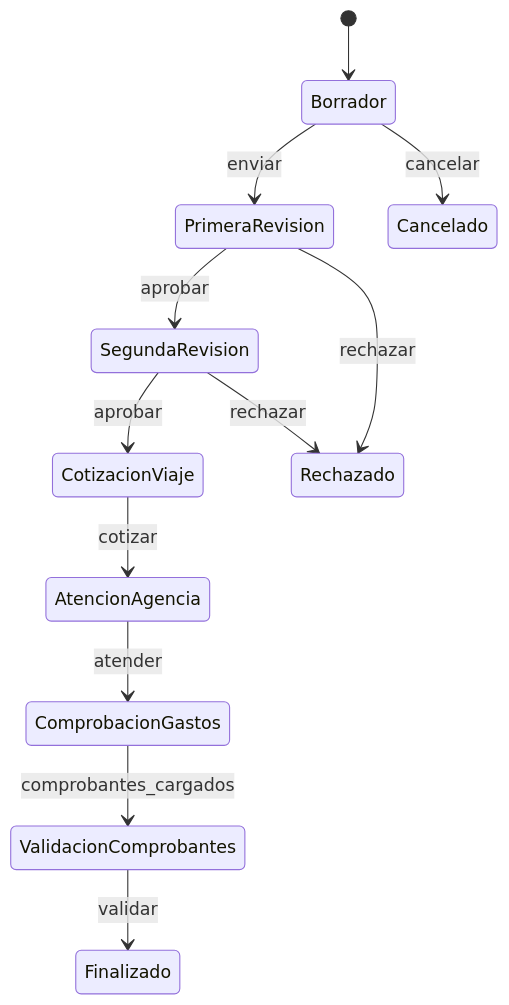
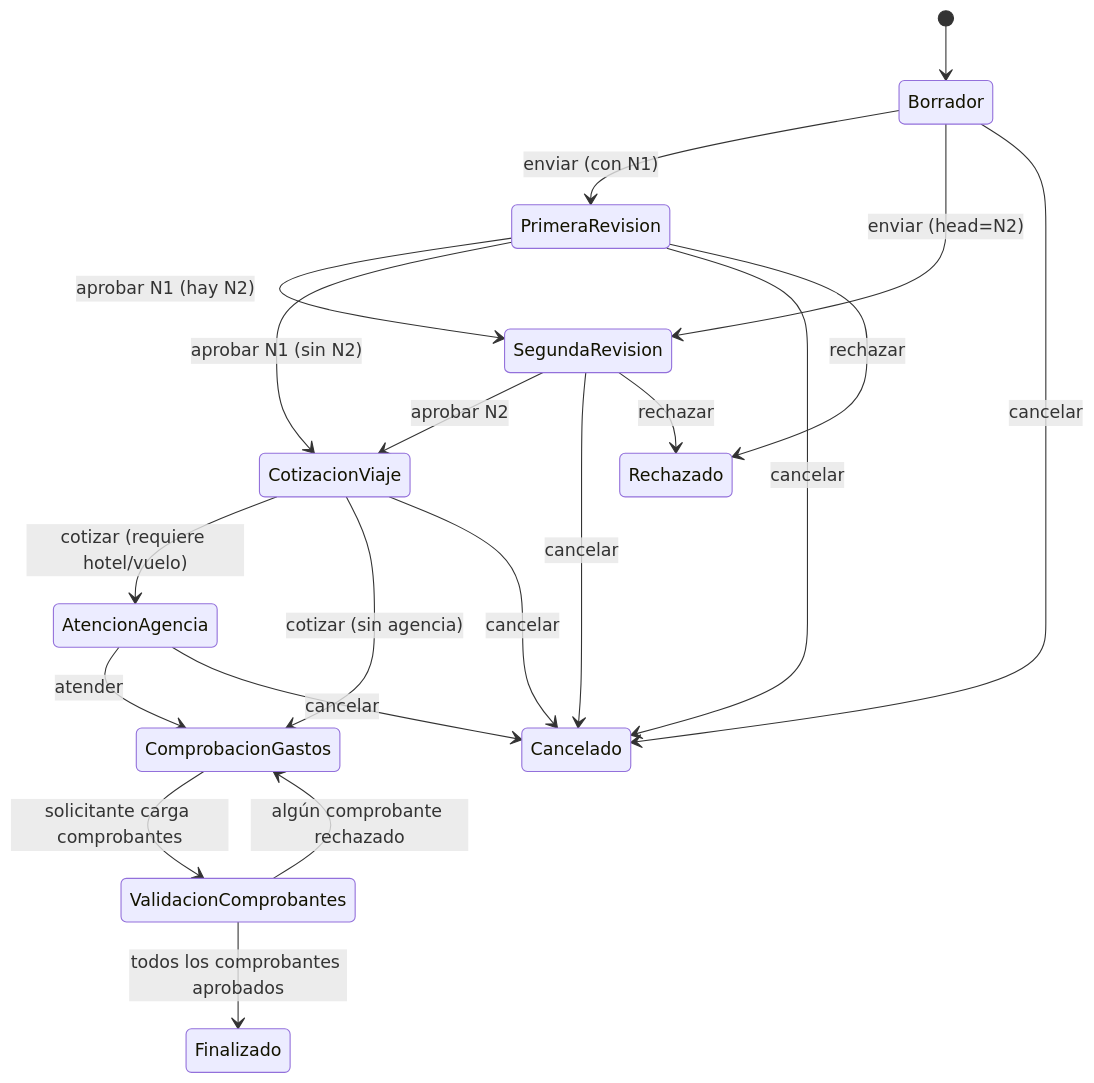
The third of 4 diagrams in docs/arquitectura-datos/flujos.md (coconsulting2/cocowiki), drawn with Mermaid before and after one commit. The commit also changed other lines of this file and 17 other files, not shown here.

````diff
--- a/docs/arquitectura-datos/flujos.md
+++ b/docs/arquitectura-datos/flujos.md
@@ -117,14 +148,22 @@
 ```mermaid
 stateDiagram-v2
   [*] --> Borrador
-  Borrador --> PrimeraRevision : enviar
-  PrimeraRevision --> SegundaRevision : aprobar
-  SegundaRevision --> CotizacionViaje : aprobar
-  CotizacionViaje --> AtencionAgencia : cotizar
+  Borrador --> PrimeraRevision : enviar (con N1)
+  Borrador --> SegundaRevision : enviar (head=N2)
+  PrimeraRevision --> SegundaRevision : aprobar N1 (hay N2)
+  PrimeraRevision --> CotizacionViaje : aprobar N1 (sin N2)
+  SegundaRevision --> CotizacionViaje : aprobar N2
+  CotizacionViaje --> AtencionAgencia : cotizar (requiere hotel/vuelo)
+  CotizacionViaje --> ComprobacionGastos : cotizar (sin agencia)
   AtencionAgencia --> ComprobacionGastos : atender
-  ComprobacionGastos --> ValidacionComprobantes : comprobantes_cargados
-  ValidacionComprobantes --> Finalizado : validar
+  ComprobacionGastos --> ValidacionComprobantes : solicitante carga comprobantes
+  ValidacionComprobantes --> Finalizado : todos los comprobantes aprobados
+  ValidacionComprobantes --> ComprobacionGastos : algún comprobante rechazado
   Borrador --> Cancelado : cancelar
+  PrimeraRevision --> Cancelado : cancelar
+  SegundaRevision --> Cancelado : cancelar
+  CotizacionViaje --> Cancelado : cancelar
+  AtencionAgencia --> Cancelado : cancelar
   PrimeraRevision --> Rechazado : rechazar
   SegundaRevision --> Rechazado : rechazar
 ```
````
